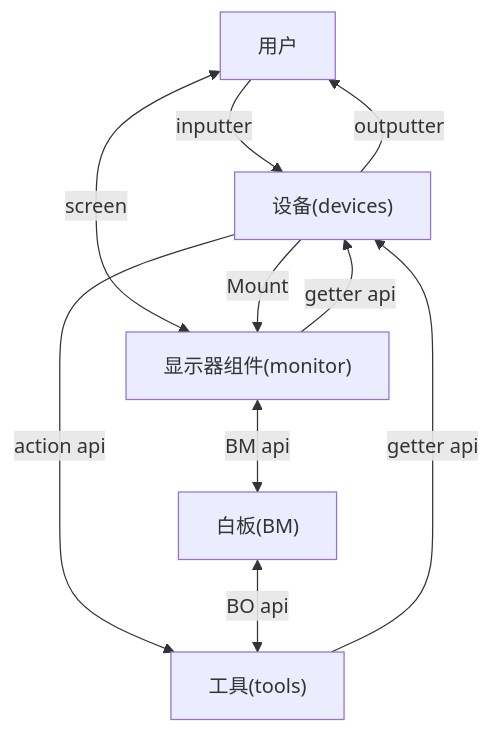
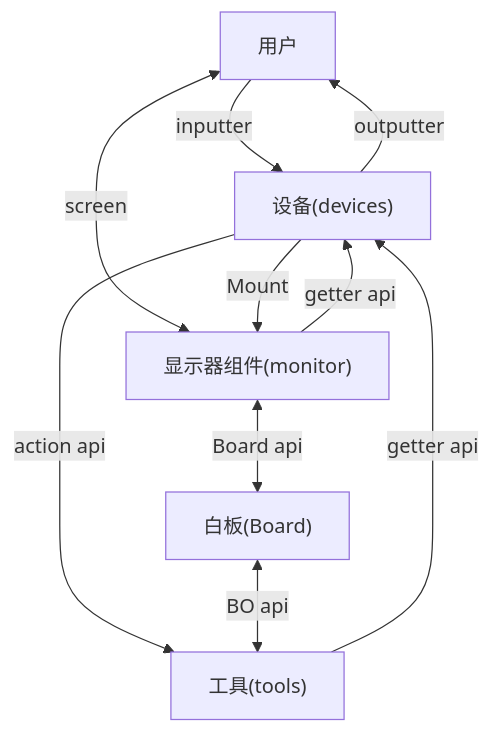
The fourth of 5 diagrams in src/core/devices/device-document.md (Frank-Steven/HoundWhiteboard), drawn with Mermaid before and after one commit. The commit also changed 46 other files, not shown here.

````diff
--- a/src/core/devices/device-document.md
+++ b/src/core/devices/device-document.md
@@ -84,17 +84,17 @@
 ```mermaid
 graph TD
   A[用户]
   B["显示器组件(monitor)"]
   C["设备(devices)"]
   D["工具(tools)"]
-  E["白板(BM)"]
+  E["白板(Board)"]
   A-->|inputter|C
   C-->|outputter|A
   A<-->|screen|B
   C-->|Mount|B
   B-->|getter api|C
-  B<-->|BM api|E
+  B<-->|Board api|E
   C-->|action api|D
   D-->|getter api|C
   E<-->|BO api|D
 ```
````
